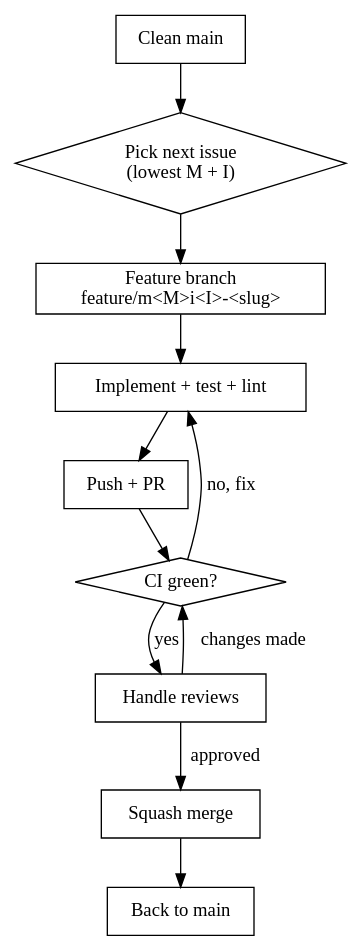
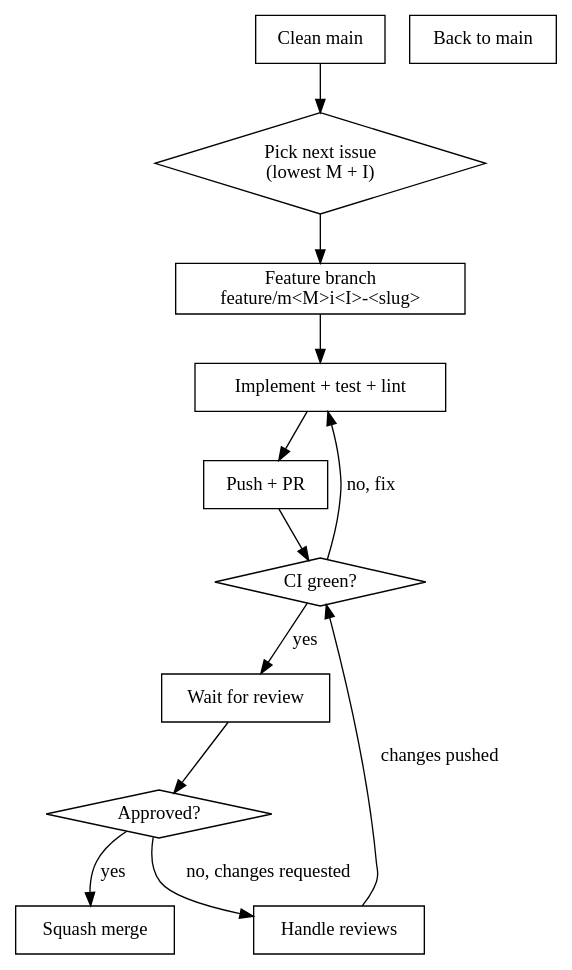
The diagram in .claude/skills/forklift-issue-picker/SKILL.md (crazy-goat/forklift), drawn with Graphviz before and after one commit. The commit also changed other lines of this file, not shown here.

Commit message:
Fix skill: require review before merge, add YAML typo pitfall
- Added explicit 'Wait for review' step before merge
- Updated workflow diagram to show approval gate
- Added pitfall: merging without review
- Added pitfall: YAML variable reference typos (singular vs plural)

````diff
--- a/.claude/skills/forklift-issue-picker/SKILL.md
+++ b/.claude/skills/forklift-issue-picker/SKILL.md
@@ -14,24 +14,27 @@
 ```dot
 digraph workflow {
     "Clean main" [shape=box];
     "Pick next issue\n(lowest M + I)" [shape=diamond];
     "Feature branch\nfeature/m<M>i<I>-<slug>" [shape=box];
     "Implement + test + lint" [shape=box];
     "Push + PR" [shape=box];
     "CI green?" [shape=diamond];
+    "Wait for review" [shape=box];
+    "Approved?" [shape=diamond];
     "Handle reviews" [shape=box];
     "Squash merge" [shape=box];
     "Back to main" [shape=box];
 
     "Clean main" -> "Pick next issue\n(lowest M + I)";
     "Pick next issue\n(lowest M + I)" -> "Feature branch\nfeature/m<M>i<I>-<slug>";
     "Feature branch\nfeature/m<M>i<I>-<slug>" -> "Implement + test + lint";
     "Implement + test + lint" -> "Push + PR";
     "Push + PR" -> "CI green?";
-    "CI green?" -> "Handle reviews" [label="yes"];
+    "CI green?" -> "Wait for review" [label="yes"];
     "CI green?" -> "Implement + test + lint" [label="no, fix"];
-    "Handle reviews" -> "CI green?" [label="changes made"];
-    "Handle reviews" -> "Squash merge" [label="approved"];
-    "Squash merge" -> "Back to main";
+    "Wait for review" -> "Approved?";
+    "Approved?" -> "Handle reviews" [label="no, changes requested"];
+    "Approved?" -> "Squash merge" [label="yes"];
+    "Handle reviews" -> "CI green?" [label="changes pushed"];
 }
 ```
````
